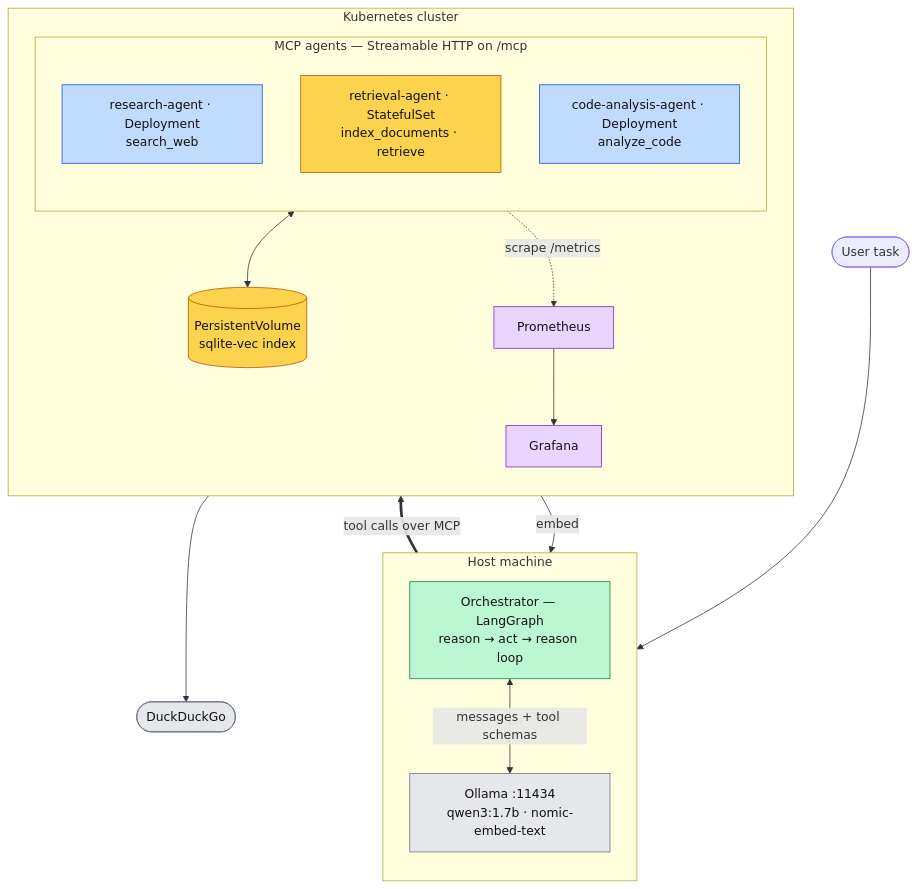
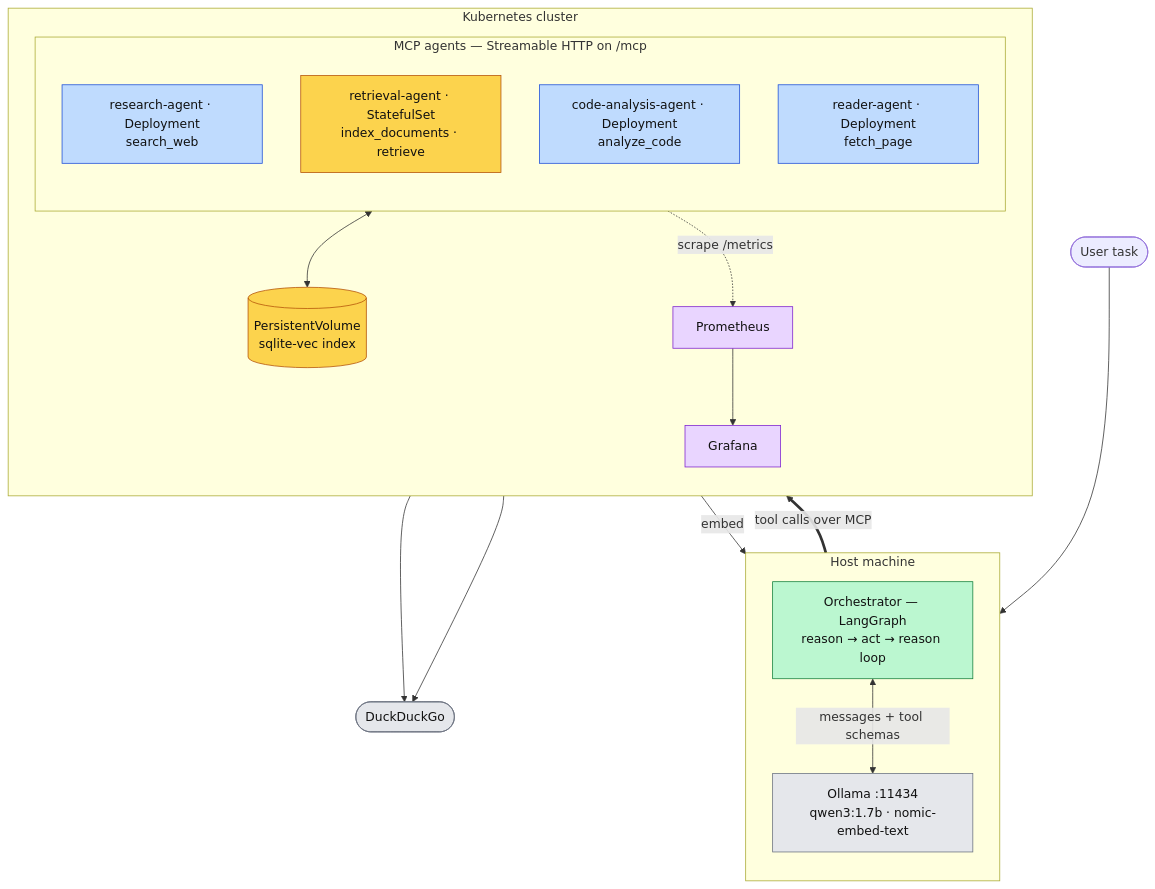
One commit to mh-naderi/distributed-agent-orchestrator changed the diagram in README.md. Above: the diagram before and after it, drawn with Mermaid. The commit also changed other lines of this file and 3 other files, not shown here.

First line of the commit message:
Document the reader agent, and what has not been measured about it

````diff
--- a/README.md
+++ b/README.md
@@ -23,48 +24,50 @@
 ```mermaid
 flowchart TB
     TASK(["User task"])
 
     subgraph HOST["Host machine"]
         direction TB
         ORCH["Orchestrator — LangGraph<br/>reason → act → reason loop"]
         OLLAMA["Ollama :11434<br/>qwen3:1.7b · nomic-embed-text"]
     end
 
     subgraph CLUSTER["Kubernetes cluster"]
         direction TB
         subgraph AGENTS["MCP agents — Streamable HTTP on /mcp"]
             direction TB
             RES["research-agent · Deployment<br/>search_web"]
             RET["retrieval-agent · StatefulSet<br/>index_documents · retrieve"]
             CODE["code-analysis-agent · Deployment<br/>analyze_code"]
+            READ["reader-agent · Deployment<br/>fetch_page"]
         end
         PVC[("PersistentVolume<br/>sqlite-vec index")]
         PROM["Prometheus"]
         GRAF["Grafana"]
     end
 
     WEB(["DuckDuckGo"])
 
     TASK --> ORCH
     ORCH <-->|"messages + tool schemas"| OLLAMA
     ORCH ==>|"tool calls over MCP"| AGENTS
 
     RES --> WEB
+    READ --> WEB
     RET -->|"embed"| OLLAMA
     RET <--> PVC
 
     AGENTS -.->|"scrape /metrics"| PROM
     PROM --> GRAF
 
     classDef stateful fill:#fcd34d,stroke:#b45309,color:#111
     classDef stateless fill:#bfdbfe,stroke:#1d4ed8,color:#111
     classDef external fill:#e5e7eb,stroke:#6b7280,color:#111
     classDef core fill:#bbf7d0,stroke:#15803d,color:#111
     classDef obs fill:#e9d5ff,stroke:#7e22ce,color:#111
 
     class RET,PVC stateful
-    class RES,CODE stateless
+    class RES,CODE,READ stateless
     class WEB,OLLAMA external
     class ORCH core
     class PROM,GRAF obs
 ```
````
